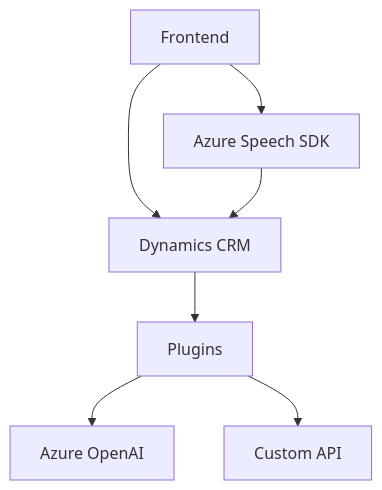
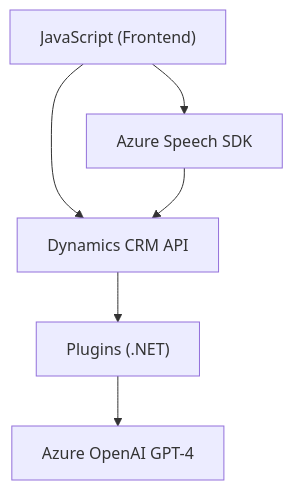
The diagram in README.md (blopezdm/NETCORE_BILBAO2025), drawn with Mermaid before and after one commit. The commit also changed other lines of this file, not shown here.

````diff
--- a/README.md
+++ b/README.md
@@ -27,16 +57,14 @@
 ```mermaid
 graph TD
-    A["Frontend"]
+    A["JavaScript (Frontend)"]
     B["Azure Speech SDK"]
-    C["Dynamics CRM"]
-    D["Plugins"]
-    E["Azure OpenAI"]
-    F["Custom API"]
-
+    C["Dynamics CRM API"]
+    D["Plugins (.NET)"]
+    E["Azure OpenAI GPT-4"]
+    
     A --> B
     A --> C
-    B --> C
     C --> D
     D --> E
-    D --> F
+    B --> C
 ```
````
